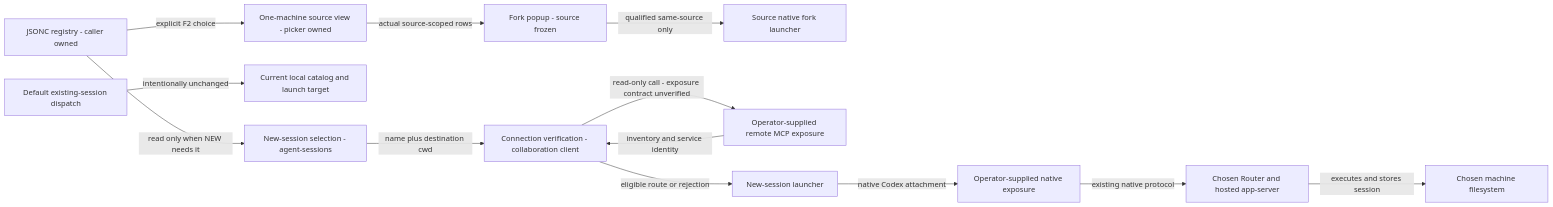
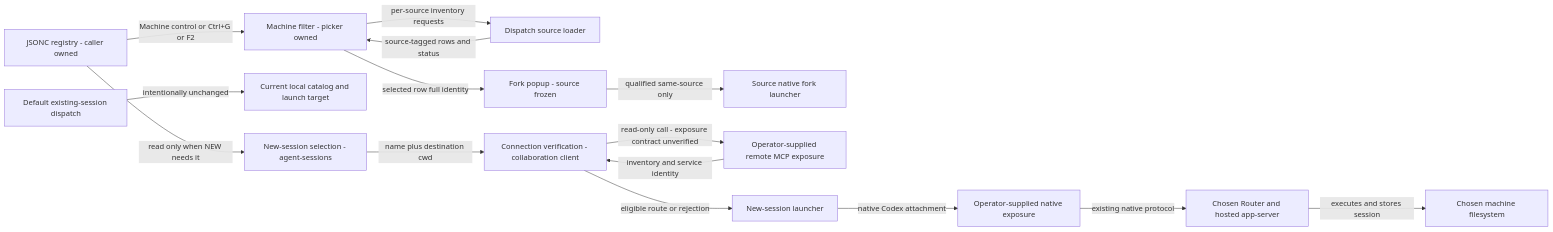
Before and after one commit to ShravanSunder/codex-router: the first of 5 diagrams in docs/specs/2026-10-03-router-selector/2026-10-03-router-selector-program-design.md, drawn with Mermaid. The commit also changed other lines of this file and 7 other files, not shown here.

Commit message:
docs: bind machine filtering to source-routed selector actions

````diff
--- a/docs/specs/2026-10-03-router-selector/2026-10-03-router-selector-program-design.md
+++ b/docs/specs/2026-10-03-router-selector/2026-10-03-router-selector-program-design.md
@@ -7,15 +7,17 @@
 ```mermaid
 flowchart LR
   F[JSONC registry - caller owned] -->|read only when NEW needs it| N[New-session selection - agent-sessions]
   X[Default existing-session dispatch] -->|intentionally unchanged| D[Current local catalog and launch target]
-  F -->|explicit F2 choice| B[One-machine source view - picker owned]
-  B -->|actual source-scoped rows| P[Fork popup - source frozen]
+  F -->|Machine control or Ctrl+G or F2| B[Machine filter - picker owned]
+  B -->|per-source inventory requests| I[Dispatch source loader]
+  I -->|source-tagged rows and status| B
+  B -->|selected row full identity| P[Fork popup - source frozen]
   P -->|qualified same-source only| K[Source native fork launcher]
   N -->|name plus destination cwd| V[Connection verification - collaboration client]
   V -->|read-only call - exposure contract unverified| M[Operator-supplied remote MCP exposure]
   M -->|inventory and service identity| V
   V -->|eligible route or rejection| L[New-session launcher]
   L -->|native Codex attachment| R[Operator-supplied native exposure]
   R -->|existing native protocol| H[Chosen Router and hosted app-server]
   H -->|executes and stores session| W[Chosen machine filesystem]
 ```
````
